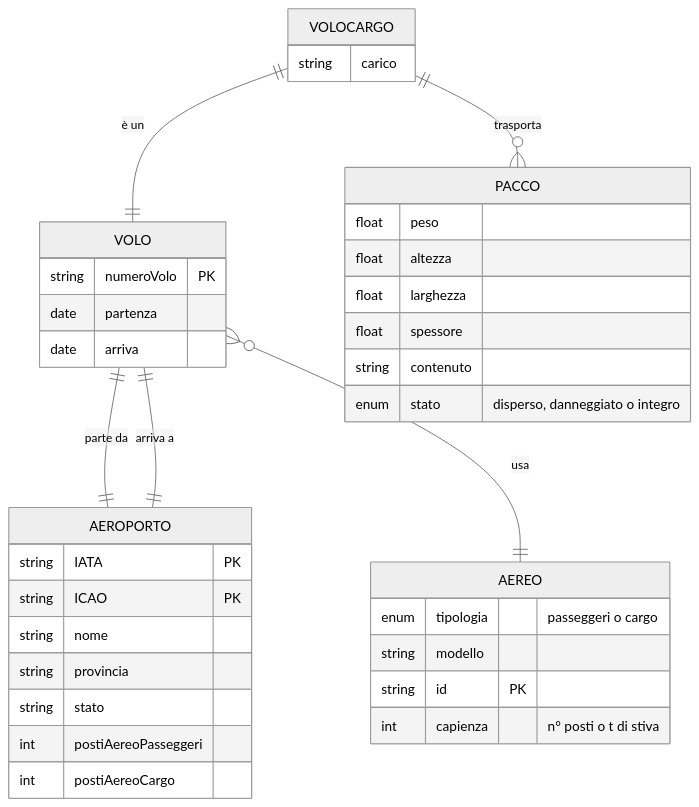
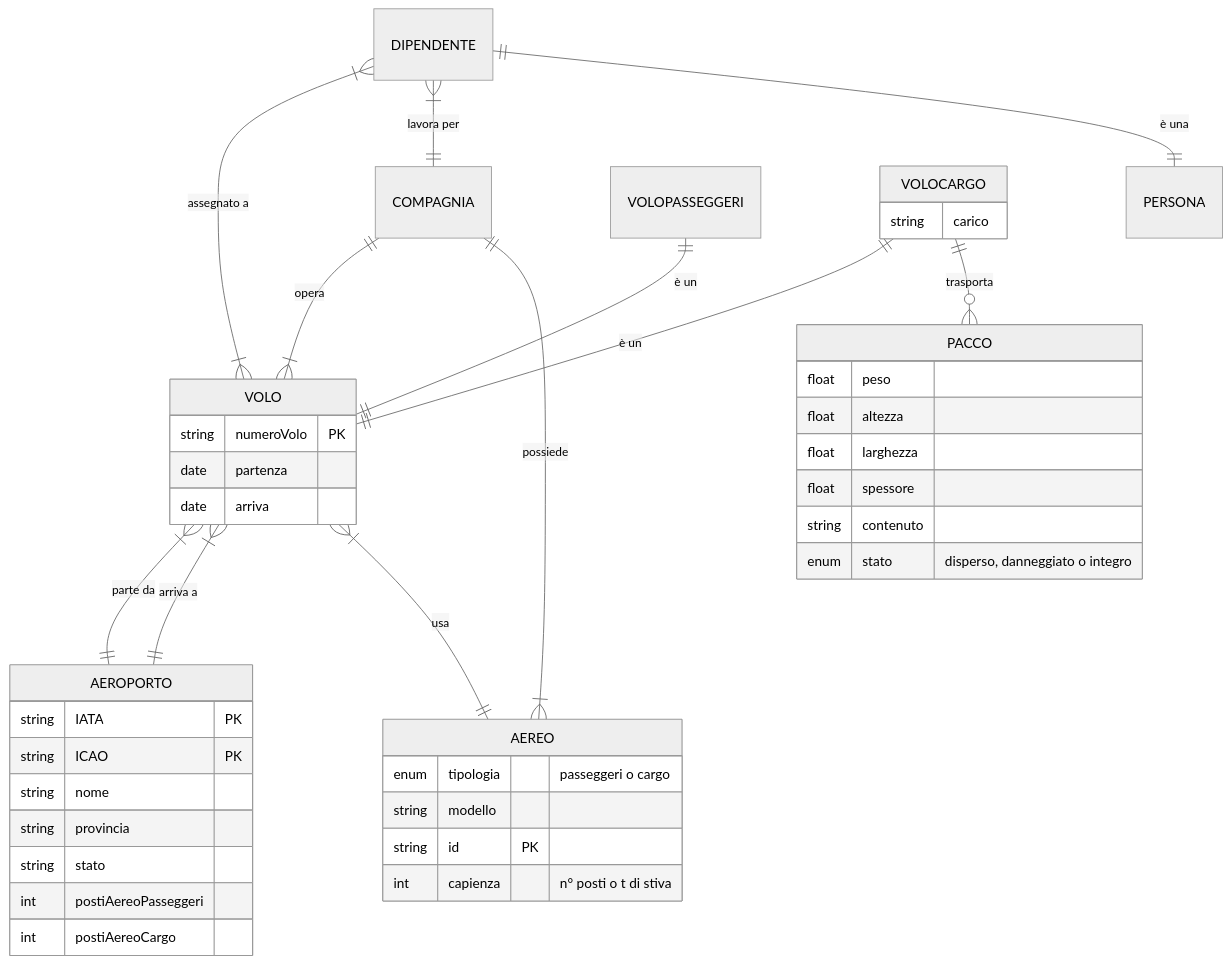
The fourth of 4 diagrams in RELAZIONE.md (Diebbo/aereodb), drawn with Mermaid (neutral theme) before and after one commit. The commit also changed other lines of this file, not shown here.

````diff
--- a/RELAZIONE.md
+++ b/RELAZIONE.md
@@ -304,40 +272,50 @@
 ```mermaid
 erDiagram
-    VOLO ||--|| AEROPORTO: "parte da"
-    VOLO ||--|| AEROPORTO: "arriva a"
-    VOLO }o--|| AEREO: usa
+    VOLO }|--|| AEROPORTO: "parte da"
+    VOLO }|--|| AEROPORTO: "arriva a"
+    VOLO }|--|| AEREO: usa
+
+    COMPAGNIA ||--|{ VOLO: opera
+    COMPAGNIA ||--|{ AEREO: possiede
+
+    DIPENDENTE }|--|{ VOLO: "assegnato a"
+    DIPENDENTE }|--|| COMPAGNIA: "lavora per"
+    DIPENDENTE ||--|| PERSONA: "è una"
+
+    VOLOPASSEGGERI ||--|| VOLO: "è un"
+
+    VOLOCARGO ||--|| VOLO: "è un"
+    VOLOCARGO ||--o{ PACCO: trasporta
+
     VOLO {
         string numeroVolo PK
         date partenza
         date arriva
     }
     AEROPORTO {
         string IATA PK
         string ICAO PK
         string nome
         string provincia
         string stato
         int postiAereoPasseggeri
         int postiAereoCargo
     }
     AEREO {
         enum tipologia "passeggeri o cargo"
         string modello
         string id PK
         int capienza "n° posti o t di stiva"
     }
-
-    VOLOCARGO ||--|| VOLO: "è un"
-    VOLOCARGO ||--o{ PACCO: trasporta
     VOLOCARGO {
         string carico
     }
     PACCO {
         float peso
         float altezza
         float larghezza
         float spessore
         string contenuto
         enum stato "disperso, danneggiato o integro"
     }
 ```
````
